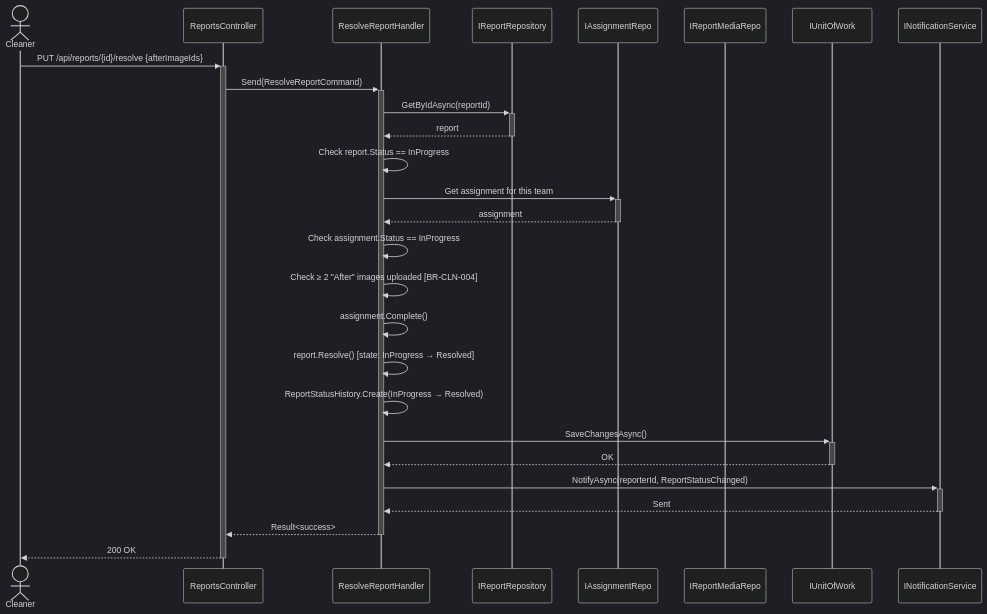
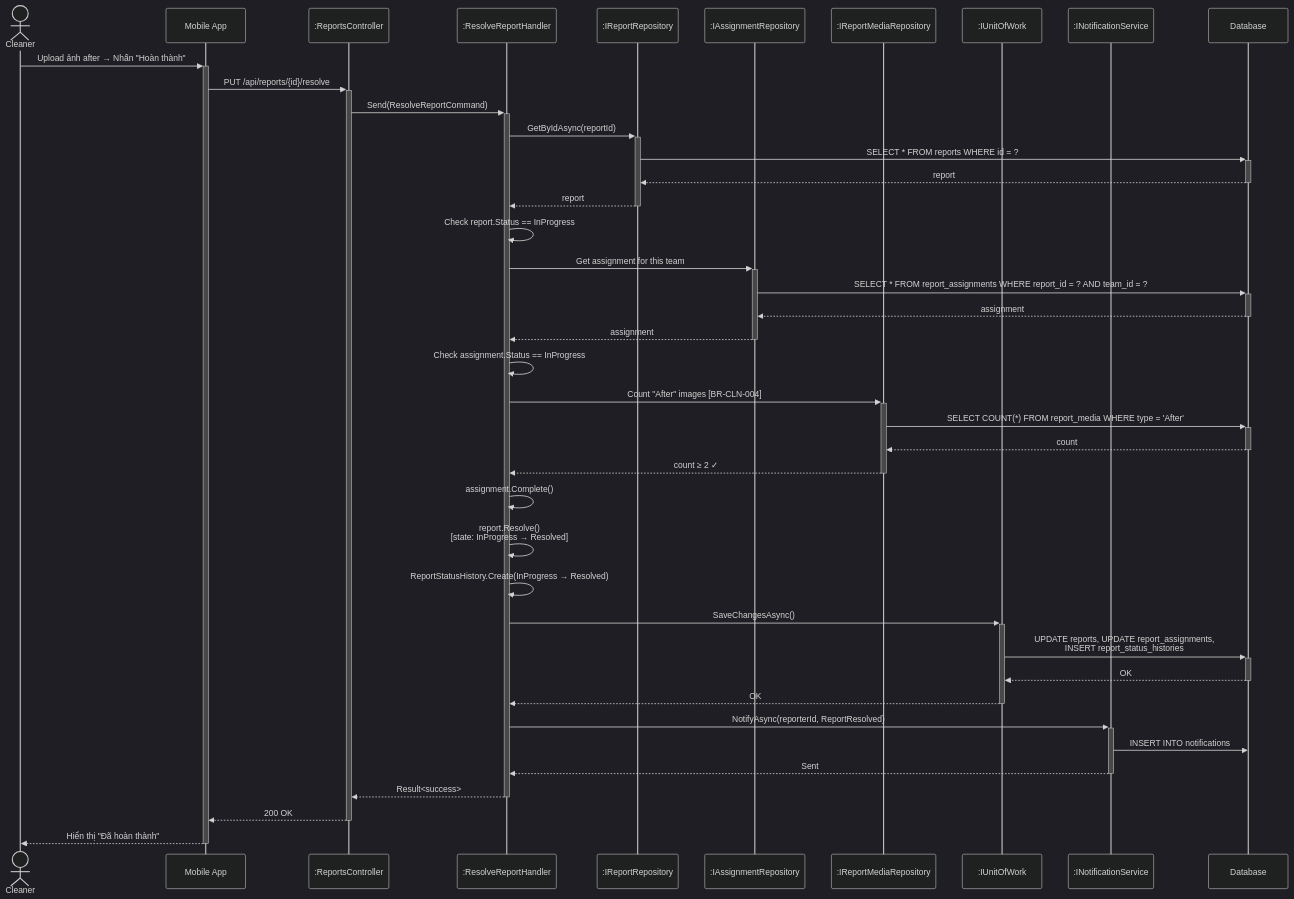
The eighth of 25 diagrams in docs/BusinessRule/SEQUENCE_DIAGRAMS.md (Capstonne-Project/greenlens-service), drawn with Mermaid (dark theme) before and after one commit. The commit also changed other lines of this file, not shown here.

Commit message:
fix(docs): enhance format sequence diagram

````diff
--- a/docs/BusinessRule/SEQUENCE_DIAGRAMS.md
+++ b/docs/BusinessRule/SEQUENCE_DIAGRAMS.md
@@ -379,38 +468,51 @@
 ```mermaid
 sequenceDiagram
     actor Cleaner
-    participant API as ReportsController
-    participant Handler as ResolveReportHandler
-    participant ReportRepo as IReportRepository
-    participant AssignRepo as IAssignmentRepo
-    participant MediaRepo as IReportMediaRepo
-    participant DB as IUnitOfWork
-    participant Notif as INotificationService
+    participant App as Mobile App
+    participant Ctrl as :ReportsController
+    participant Hdl as :ResolveReportHandler
+    participant RptRepo as :IReportRepository
+    participant AsgRepo as :IAssignmentRepository
+    participant MediaRepo as :IReportMediaRepository
+    participant UoW as :IUnitOfWork
+    participant Notif as :INotificationService
+    participant DB as Database
 
-    Cleaner->>+API: PUT /api/reports/{id}/resolve {afterImageIds}
-    API->>+Handler: Send(ResolveReportCommand)
+    Cleaner->>+App: Upload ảnh after → Nhấn "Hoàn thành"
+    App->>+Ctrl: PUT /api/reports/{id}/resolve
+    Ctrl->>+Hdl: Send(ResolveReportCommand)
 
-    Handler->>+ReportRepo: GetByIdAsync(reportId)
-    ReportRepo-->>-Handler: report
+    Hdl->>+RptRepo: GetByIdAsync(reportId)
+    RptRepo->>+DB: SELECT * FROM reports WHERE id = ?
+    DB-->>-RptRepo: report
+    RptRepo-->>-Hdl: report
+    Hdl->>Hdl: Check report.Status == InProgress
 
-    Handler->>Handler: Check report.Status == InProgress
+    Hdl->>+AsgRepo: Get assignment for this team
+    AsgRepo->>+DB: SELECT * FROM report_assignments WHERE report_id = ? AND team_id = ?
+    DB-->>-AsgRepo: assignment
+    AsgRepo-->>-Hdl: assignment
+    Hdl->>Hdl: Check assignment.Status == InProgress
 
-    Handler->>+AssignRepo: Get assignment for this team
-    AssignRepo-->>-Handler: assignment
+    Hdl->>+MediaRepo: Count "After" images [BR-CLN-004]
+    MediaRepo->>+DB: SELECT COUNT(*) FROM report_media WHERE type = 'After'
+    DB-->>-MediaRepo: count
+    MediaRepo-->>-Hdl: count ≥ 2 ✓
 
-    Handler->>Handler: Check assignment.Status == InProgress
-    Handler->>Handler: Check ≥ 2 "After" images uploaded [BR-CLN-004]
+    Hdl->>Hdl: assignment.Complete()
+    Hdl->>Hdl: report.Resolve()<br/>[state: InProgress → Resolved]
+    Hdl->>Hdl: ReportStatusHistory.Create(InProgress → Resolved)
 
-    Handler->>Handler: assignment.Complete()
-    Handler->>Handler: report.Resolve() [state: InProgress → Resolved]
-    Handler->>Handler: ReportStatusHistory.Create(InProgress → Resolved)
+    Hdl->>+UoW: SaveChangesAsync()
+    UoW->>+DB: UPDATE reports, UPDATE report_assignments,<br/>INSERT report_status_histories
+    DB-->>-UoW: OK
+    UoW-->>-Hdl: OK
 
-    Handler->>+DB: SaveChangesAsync()
-    DB-->>-Handler: OK
+    Hdl->>+Notif: NotifyAsync(reporterId, ReportResolved)
+    Notif->>DB: INSERT INTO notifications
+    Notif-->>-Hdl: Sent
 
-    Handler->>+Notif: NotifyAsync(reporterId, ReportStatusChanged)
-    Notif-->>-Handler: Sent
-
-    Handler-->>-API: Result<success>
-    API-->>-Cleaner: 200 OK
+    Hdl-->>-Ctrl: Result<success>
+    Ctrl-->>-App: 200 OK
+    App-->>-Cleaner: Hiển thị "Đã hoàn thành"
 ```
````
